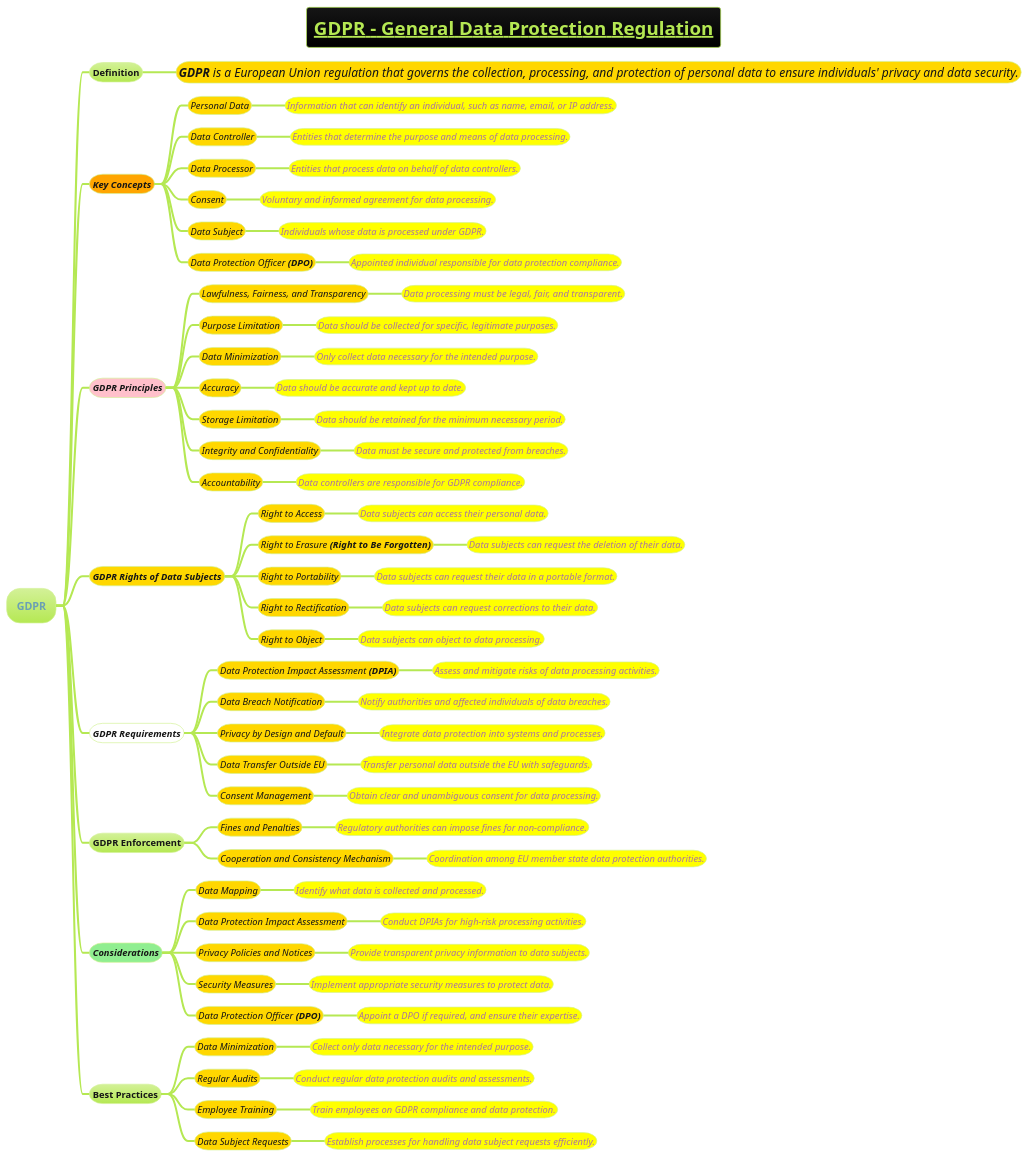
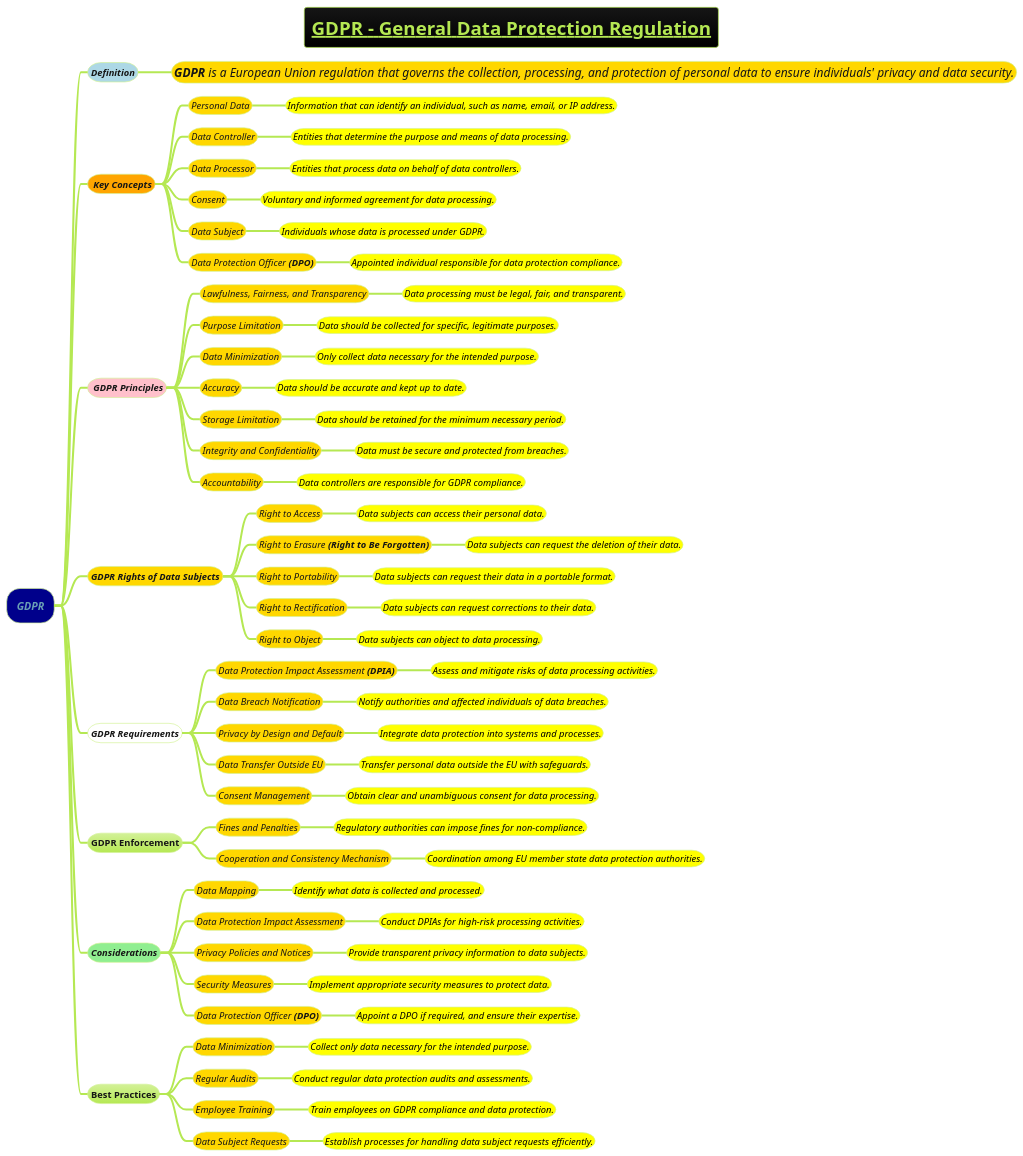
Before and after one commit to MehmoodHashmi/Documentation-as-Code-DaC: the diagram in docs/AI-ML-DL-Data-Science-and-BigData/data-science/data-engineering/GDPR.puml, drawn with PlantUML. The commit also changed 1 other file, not shown here.

```diff
--- a/docs/AI-ML-DL-Data-Science-and-BigData/data-science/data-engineering/GDPR.puml
+++ b/docs/AI-ML-DL-Data-Science-and-BigData/data-science/data-engineering/GDPR.puml
@@ -1,92 +1,92 @@
 @startmindmap
 title =__GDPR - General Data Protection Regulation__
 !theme hacker
 
-* GDPR
-** Definition
-***[#gold] ====<size:18>**GDPR** is a European Union regulation that governs the collection, processing, and protection of personal data to ensure individuals' privacy and data security.
+*[#darkblue] <i>GDPR
+**[#lightblue] <i>Definition
+***[#gold] <i><size:18>**GDPR** is a European Union regulation that governs the collection, processing, and protection of personal data to ensure individuals' privacy and data security.
 
-**[#orange] ==== Key Concepts
-***[#gold] ====<size:14>Personal Data
-****[#yellow] ====<size:14>Information that can identify an individual, such as name, email, or IP address.
-***[#gold] ====<size:14>Data Controller
-****[#yellow] ====<size:14>Entities that determine the purpose and means of data processing.
-***[#gold] ====<size:14>Data Processor
-****[#yellow] ====<size:14>Entities that process data on behalf of data controllers.
-***[#gold] ====<size:14>Consent
-****[#yellow] ====<size:14>Voluntary and informed agreement for data processing.
-***[#gold] ====<size:14>Data Subject
-****[#yellow] ====<size:14>Individuals whose data is processed under GDPR.
-***[#gold] ====<size:14>Data Protection Officer **(DPO)**
-****[#yellow] ====<size:14>Appointed individual responsible for data protection compliance.
+**[#orange] <i> Key Concepts
+***[#gold] <i><size:14>Personal Data
+****[#yellow] <color #black><i><size:14>Information that can identify an individual, such as name, email, or IP address.
+***[#gold] <i><size:14>Data Controller
+****[#yellow] <color #black><i><size:14>Entities that determine the purpose and means of data processing.
+***[#gold] <i><size:14>Data Processor
+****[#yellow] <color #black><i><size:14>Entities that process data on behalf of data controllers.
+***[#gold] <i><size:14>Consent
+****[#yellow] <color #black><i><size:14>Voluntary and informed agreement for data processing.
+***[#gold] <i><size:14>Data Subject
+****[#yellow] <color #black><i><size:14>Individuals whose data is processed under GDPR.
+***[#gold] <i><size:14>Data Protection Officer **(DPO)**
+****[#yellow] <color #black><i><size:14>Appointed individual responsible for data protection compliance.
 
-**[#pink] ==== GDPR Principles
-***[#gold] ====<size:14>Lawfulness, Fairness, and Transparency
-****[#yellow] ====<size:14>Data processing must be legal, fair, and transparent.
-***[#gold] ====<size:14>Purpose Limitation
-****[#yellow] ====<size:14>Data should be collected for specific, legitimate purposes.
-***[#gold] ====<size:14>Data Minimization
-****[#yellow] ====<size:14>Only collect data necessary for the intended purpose.
-***[#gold] ====<size:14>Accuracy
-****[#yellow] ====<size:14>Data should be accurate and kept up to date.
-***[#gold] ====<size:14>Storage Limitation
-****[#yellow] ====<size:14>Data should be retained for the minimum necessary period.
-***[#gold] ====<size:14>Integrity and Confidentiality
-****[#yellow] ====<size:14>Data must be secure and protected from breaches.
-***[#gold] ====<size:14>Accountability
-****[#yellow] ====<size:14>Data controllers are responsible for GDPR compliance.
+**[#pink] <i> GDPR Principles
+***[#gold] <i><size:14>Lawfulness, Fairness, and Transparency
+****[#yellow] <color #black><i><size:14>Data processing must be legal, fair, and transparent.
+***[#gold] <i><size:14>Purpose Limitation
+****[#yellow] <color #black><i><size:14>Data should be collected for specific, legitimate purposes.
+***[#gold] <i><size:14>Data Minimization
+****[#yellow] <color #black><i><size:14>Only collect data necessary for the intended purpose.
+***[#gold] <i><size:14>Accuracy
+****[#yellow] <color #black><i><size:14>Data should be accurate and kept up to date.
+***[#gold] <i><size:14>Storage Limitation
+****[#yellow] <color #black><i><size:14>Data should be retained for the minimum necessary period.
+***[#gold] <i><size:14>Integrity and Confidentiality
+****[#yellow] <color #black><i><size:14>Data must be secure and protected from breaches.
+***[#gold] <i><size:14>Accountability
+****[#yellow] <color #black><i><size:14>Data controllers are responsible for GDPR compliance.
 
-**[#gold] ====GDPR Rights of Data Subjects
-***[#gold] ====<size:14>Right to Access
-****[#yellow] ====<size:14>Data subjects can access their personal data.
-***[#gold] ====<size:14>Right to Erasure **(Right to Be Forgotten)**
-****[#yellow] ====<size:14>Data subjects can request the deletion of their data.
-***[#gold] ====<size:14>Right to Portability
-****[#yellow] ====<size:14>Data subjects can request their data in a portable format.
-***[#gold] ====<size:14>Right to Rectification
-****[#yellow] ====<size:14>Data subjects can request corrections to their data.
-***[#gold] ====<size:14>Right to Object
-****[#yellow] ====<size:14>Data subjects can object to data processing.
+**[#gold] <i>GDPR Rights of Data Subjects
+***[#gold] <i><size:14>Right to Access
+****[#yellow] <color #black><i><size:14>Data subjects can access their personal data.
+***[#gold] <i><size:14>Right to Erasure **(Right to Be Forgotten)**
+****[#yellow] <color #black><i><size:14>Data subjects can request the deletion of their data.
+***[#gold] <i><size:14>Right to Portability
+****[#yellow] <color #black><i><size:14>Data subjects can request their data in a portable format.
+***[#gold] <i><size:14>Right to Rectification
+****[#yellow] <color #black><i><size:14>Data subjects can request corrections to their data.
+***[#gold] <i><size:14>Right to Object
+****[#yellow] <color #black><i><size:14>Data subjects can object to data processing.
 
-**[#white] ====GDPR Requirements
-***[#gold] ====<size:14>Data Protection Impact Assessment **(DPIA)**
-****[#yellow] ====<size:14>Assess and mitigate risks of data processing activities.
-***[#gold] ====<size:14>Data Breach Notification
-****[#yellow] ====<size:14>Notify authorities and affected individuals of data breaches.
-***[#gold] ====<size:14>Privacy by Design and Default
-****[#yellow] ====<size:14>Integrate data protection into systems and processes.
-***[#gold] ====<size:14>Data Transfer Outside EU
-****[#yellow] ====<size:14>Transfer personal data outside the EU with safeguards.
-***[#gold] ====<size:14>Consent Management
-****[#yellow] ====<size:14>Obtain clear and unambiguous consent for data processing.
+**[#white] <i>GDPR Requirements
+***[#gold] <i><size:14>Data Protection Impact Assessment **(DPIA)**
+****[#yellow] <color #black><i><size:14>Assess and mitigate risks of data processing activities.
+***[#gold] <i><size:14>Data Breach Notification
+****[#yellow] <color #black><i><size:14>Notify authorities and affected individuals of data breaches.
+***[#gold] <i><size:14>Privacy by Design and Default
+****[#yellow] <color #black><i><size:14>Integrate data protection into systems and processes.
+***[#gold] <i><size:14>Data Transfer Outside EU
+****[#yellow] <color #black><i><size:14>Transfer personal data outside the EU with safeguards.
+***[#gold] <i><size:14>Consent Management
+****[#yellow] <color #black><i><size:14>Obtain clear and unambiguous consent for data processing.
 
 ** GDPR Enforcement
-***[#gold] ====<size:14>Fines and Penalties
-****[#yellow] ====<size:14>Regulatory authorities can impose fines for non-compliance.
-***[#gold] ====<size:14>Cooperation and Consistency Mechanism
-****[#yellow] ====<size:14>Coordination among EU member state data protection authorities.
+***[#gold] <i><size:14>Fines and Penalties
+****[#yellow] <color #black><i><size:14>Regulatory authorities can impose fines for non-compliance.
+***[#gold] <i><size:14>Cooperation and Consistency Mechanism
+****[#yellow] <color #black><i><size:14>Coordination among EU member state data protection authorities.
 
-**[#lightgreen] ====Considerations
-***[#gold] ====<size:14>Data Mapping
-****[#yellow] ====<size:14>Identify what data is collected and processed.
-***[#gold] ====<size:14>Data Protection Impact Assessment
-****[#yellow] ====<size:14>Conduct DPIAs for high-risk processing activities.
-***[#gold] ====<size:14>Privacy Policies and Notices
-****[#yellow] ====<size:14>Provide transparent privacy information to data subjects.
-***[#gold] ====<size:14>Security Measures
-****[#yellow] ====<size:14>Implement appropriate security measures to protect data.
+**[#lightgreen] <i>Considerations
+***[#gold] <i><size:14>Data Mapping
+****[#yellow] <color #black><i><size:14>Identify what data is collected and processed.
+***[#gold] <i><size:14>Data Protection Impact Assessment
+****[#yellow] <color #black><i><size:14>Conduct DPIAs for high-risk processing activities.
+***[#gold] <i><size:14>Privacy Policies and Notices
+****[#yellow] <color #black><i><size:14>Provide transparent privacy information to data subjects.
+***[#gold] <i><size:14>Security Measures
+****[#yellow] <color #black><i><size:14>Implement appropriate security measures to protect data.
 
-***[#gold] ====<size:14>Data Protection Officer **(DPO)**
-****[#yellow] ====<size:14>Appoint a DPO if required, and ensure their expertise.
+***[#gold] <i><size:14>Data Protection Officer **(DPO)**
+****[#yellow] <color #black><i><size:14>Appoint a DPO if required, and ensure their expertise.
 
 ** Best Practices
-***[#gold] ====<size:14>Data Minimization
-****[#yellow] ====<size:14>Collect only data necessary for the intended purpose.
-***[#gold] ====<size:14>Regular Audits
-****[#yellow] ====<size:14>Conduct regular data protection audits and assessments.
-***[#gold] ====<size:14>Employee Training
-****[#yellow] ====<size:14>Train employees on GDPR compliance and data protection.
-***[#gold] ====<size:14>Data Subject Requests
-****[#yellow] ====<size:14>Establish processes for handling data subject requests efficiently.
+***[#gold] <i><size:14>Data Minimization
+****[#yellow] <color #black><i><size:14>Collect only data necessary for the intended purpose.
+***[#gold] <i><size:14>Regular Audits
+****[#yellow] <color #black><i><size:14>Conduct regular data protection audits and assessments.
+***[#gold] <i><size:14>Employee Training
+****[#yellow] <color #black><i><size:14>Train employees on GDPR compliance and data protection.
+***[#gold] <i><size:14>Data Subject Requests
+****[#yellow] <color #black><i><size:14>Establish processes for handling data subject requests efficiently.
 
 @endmindmap
```
